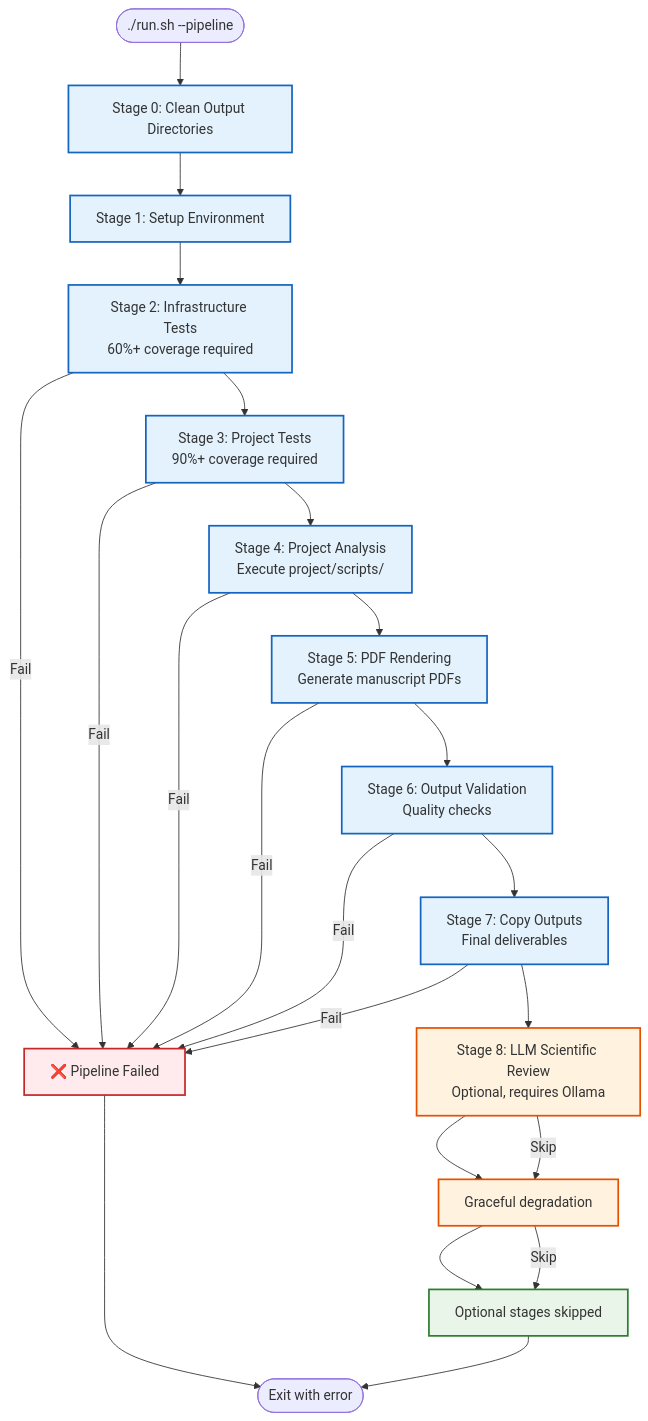
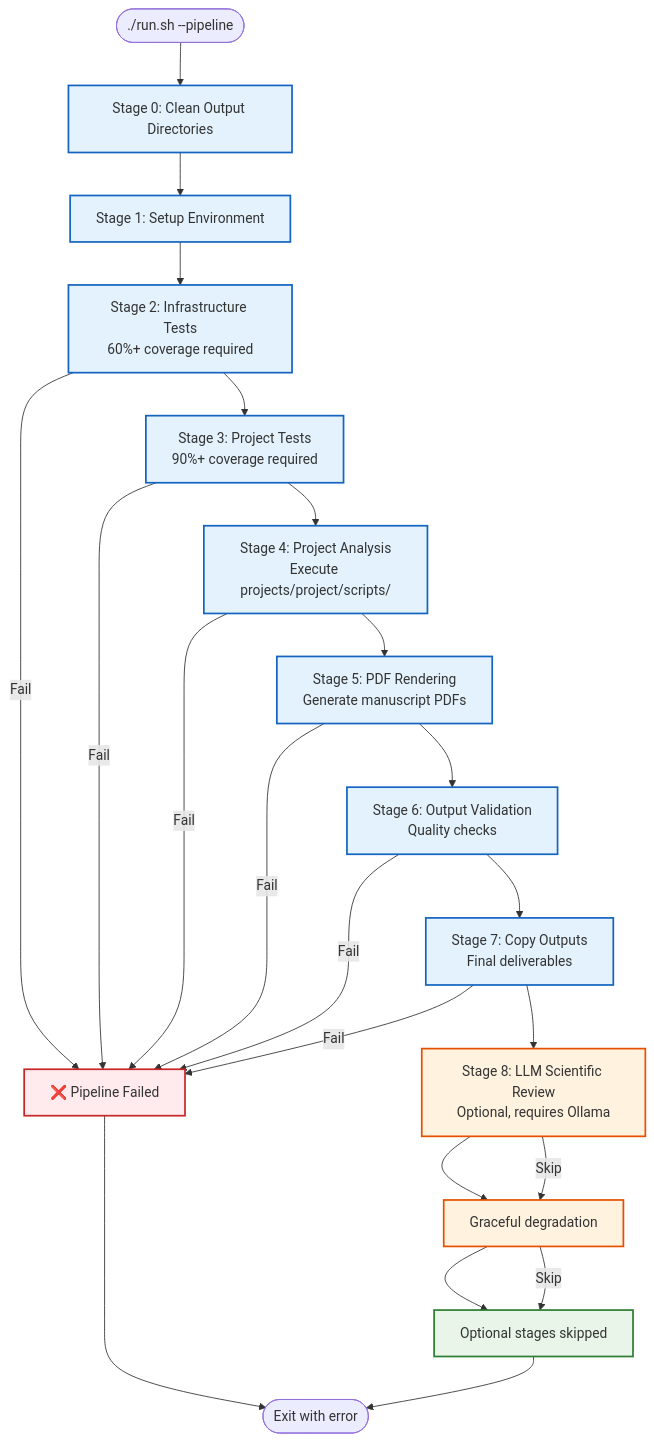
One commit to docxology/template changed diagram 11 of 13 in README.md. Above: the diagram before and after it, drawn with Mermaid. The commit also changed other lines of this file and 512 other files, not shown here.

````diff
--- a/README.md
+++ b/README.md
@@ -1017,36 +1025,36 @@
 ```mermaid
 flowchart TD
     START([./run.sh --pipeline]) --> STAGE0[Stage 0: Clean Output Directories]
     STAGE0 --> STAGE1[Stage 1: Setup Environment]
     STAGE1 --> STAGE2[Stage 2: Infrastructure Tests<br/>60%+ coverage required]
     STAGE2 --> STAGE3[Stage 3: Project Tests<br/>90%+ coverage required]
-    STAGE3 --> STAGE4[Stage 4: Project Analysis<br/>Execute project/scripts/]
+    STAGE3 --> STAGE4[Stage 4: Project Analysis<br/>Execute projects/project/scripts/]
     STAGE4 --> STAGE5[Stage 5: PDF Rendering<br/>Generate manuscript PDFs]
     STAGE5 --> STAGE6[Stage 6: Output Validation<br/>Quality checks]
     STAGE6 --> STAGE7[Stage 7: Copy Outputs<br/>Final deliverables]
     STAGE7 --> STAGE8[Stage 8: LLM Scientific Review<br/>Optional, requires Ollama]
     STAGE8 --> STAGE9[Stage 9: LLM Translations<br/>Optional, requires Ollama]
     STAGE9 --> SUCCESS[✅ Build Complete<br/>~84s core + LLM time]
     
     STAGE2 -->|Fail| FAIL[❌ Pipeline Failed]
     STAGE3 -->|Fail| FAIL
     STAGE4 -->|Fail| FAIL
     STAGE5 -->|Fail| FAIL
     STAGE6 -->|Fail| FAIL
     STAGE7 -->|Fail| FAIL
     STAGE8 -->|Skip| STAGE9[Graceful degradation]
     STAGE9 -->|Skip| SUCCESS[Optional stages skipped]
     
     FAIL --> END([Exit with error])
     SUCCESS --> END
     
     classDef success fill:#e8f5e8,stroke:#2e7d32,stroke-width:2px
     classDef failure fill:#ffebee,stroke:#c62828,stroke-width:2px
     classDef process fill:#e3f2fd,stroke:#1565c0,stroke-width:2px
     classDef optional fill:#fff3e0,stroke:#e65100,stroke-width:2px
     
     class SUCCESS success
     class FAIL failure
     class STAGE0,STAGE1,STAGE2,STAGE3,STAGE4,STAGE5,STAGE6,STAGE7 process
     class STAGE8,STAGE9 optional
 ```
````
